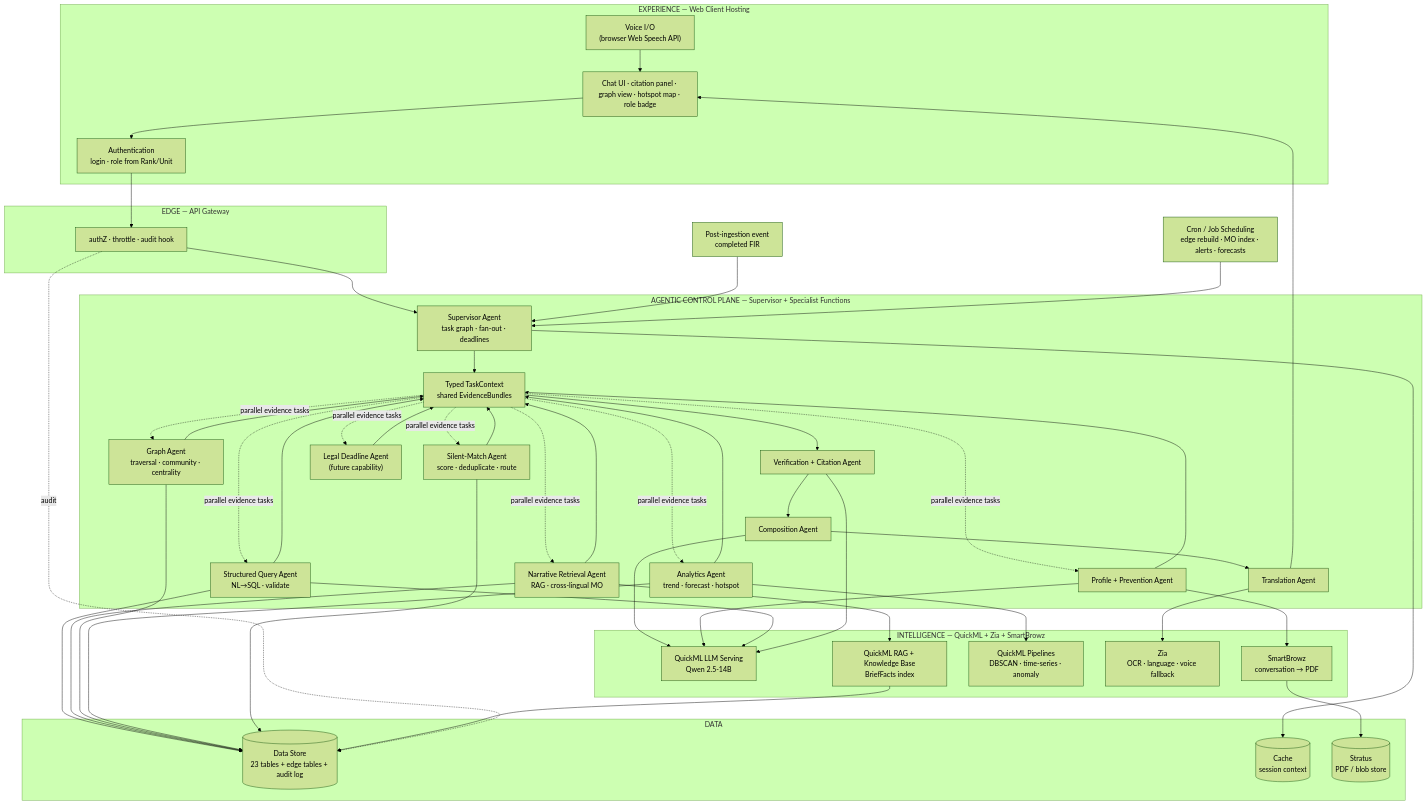
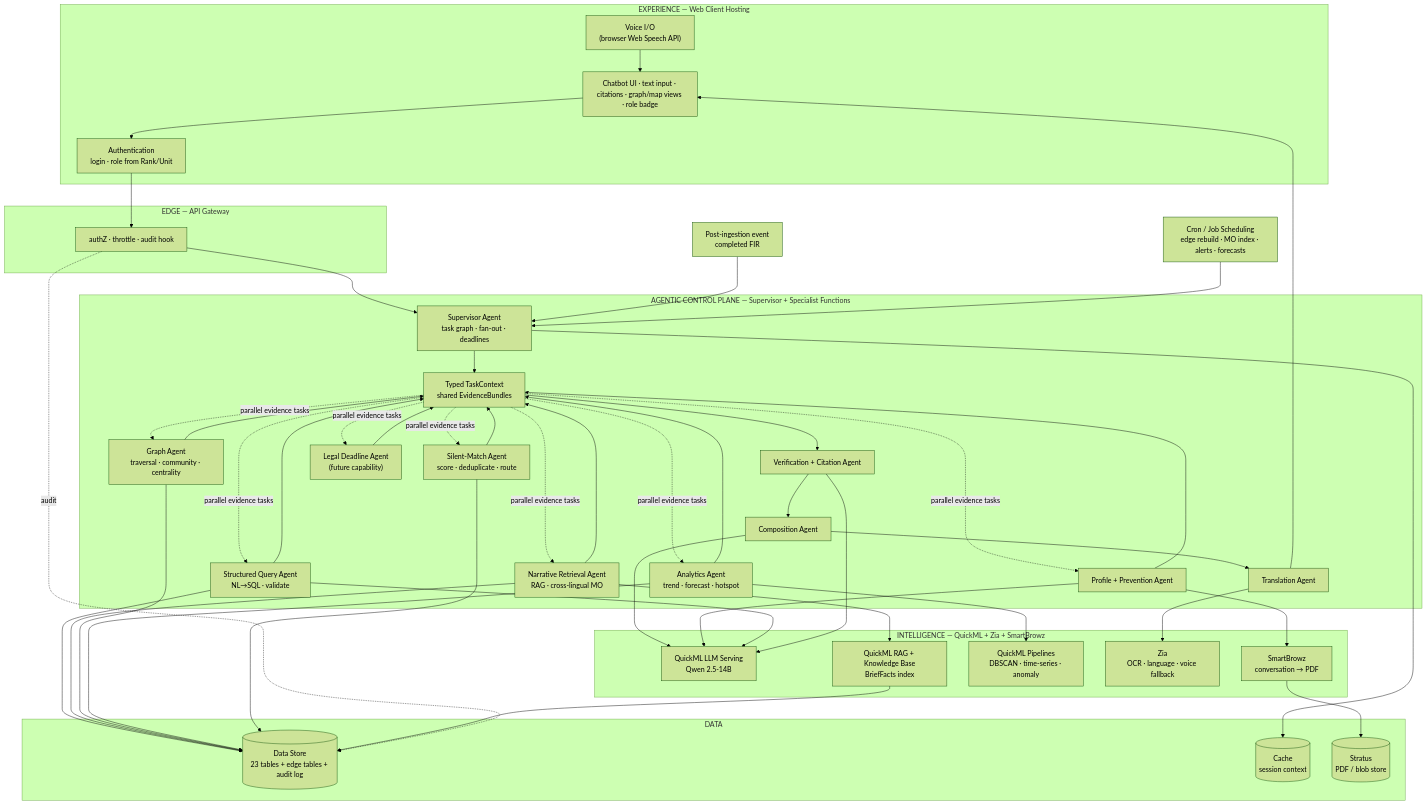
Before and after one commit to SHYAMSUNDAR2396/ksp-crime-copilot: the first of 8 diagrams in PLAN.md, drawn with Mermaid (forest theme). The commit also changed other lines of this file, not shown here.

Commit message:
docs: add chatbot query path alongside voice

````diff
--- a/PLAN.md
+++ b/PLAN.md
@@ -25,69 +25,69 @@
 ```mermaid
 flowchart TB
   subgraph EXP["EXPERIENCE — Web Client Hosting"]
-    UI["Chat UI · citation panel · graph view · hotspot map · role badge"]
+    UI["Chatbot UI · text input · citations · graph/map views · role badge"]
     VOICE["Voice I/O<br/>(browser Web Speech API)"]
     AUTHN["Authentication<br/>login · role from Rank/Unit"]
   end
 
   subgraph EDGE["EDGE — API Gateway"]
     GW["authZ · throttle · audit hook"]
   end
 
   subgraph LOGIC["AGENTIC CONTROL PLANE — Supervisor + Specialist Functions"]
     SUP["Supervisor Agent<br/>task graph · fan-out · deadlines"]
     CTX["Typed TaskContext<br/>shared EvidenceBundles"]
     FQ["Structured Query Agent<br/>NL→SQL · validate"]
     FR["Narrative Retrieval Agent<br/>RAG · cross-lingual MO"]
     FG["Graph Agent<br/>traversal · community · centrality"]
     FA["Analytics Agent<br/>trend · forecast · hotspot"]
     FS["Silent-Match Agent<br/>score · deduplicate · route"]
     FV["Verification + Citation Agent"]
     FC["Composition Agent"]
     FT["Translation Agent"]
     FP["Profile + Prevention Agent"]
     FL["Legal Deadline Agent<br/>(future capability)"]
   end
 
   subgraph AI["INTELLIGENCE — QuickML + Zia + SmartBrowz"]
     LLM["QuickML LLM Serving<br/>Qwen 2.5-14B"]
     RAG["QuickML RAG + Knowledge Base<br/>BriefFacts index"]
     PIPE["QuickML Pipelines<br/>DBSCAN · time-series · anomaly"]
     ZIA["Zia<br/>OCR · language · voice fallback"]
     PDF["SmartBrowz<br/>conversation → PDF"]
   end
 
   subgraph DATA["DATA"]
     DS[("Data Store<br/>23 tables + edge tables + audit log")]
     CA[("Cache<br/>session context")]
     ST[("Stratus<br/>PDF / blob store")]
   end
 
   CRON["Cron / Job Scheduling<br/>edge rebuild · MO index · alerts · forecasts"]
   EVENT["Post-ingestion event<br/>completed FIR"]
 
   VOICE --> UI
   UI --> AUTHN --> GW --> SUP
   EVENT --> SUP
   SUP --> CTX
   CTX -. parallel evidence tasks .-> FQ & FR & FG & FA & FS & FP & FL
   FQ & FR & FG & FA & FS & FP & FL --> CTX
   CTX --> FV --> FC --> FT --> UI
   FQ --> DS
   FR --> RAG
   FR --> DS
   FG --> DS
   FA --> PIPE
   FA --> DS
   FS --> DS
   FT --> ZIA
   FC --> LLM
   FP --> LLM
   FQ --> LLM
   FV --> LLM
   RAG --> DS
   FP --> PDF --> ST
   SUP --> CA
   GW -. audit .-> DS
   CRON --> SUP
 ```
````
